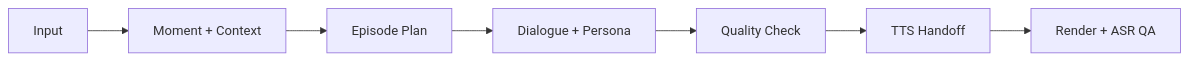
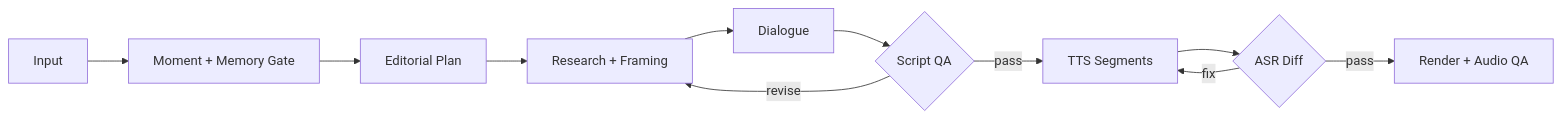
Before and after one commit to resonantravine/ai-radio-agent: the diagram in README.md, drawn with Mermaid. The commit also changed other lines of this file, not shown here.

Commit message:
Add pipeline QA loops to README

````diff
--- a/README.md
+++ b/README.md
@@ -69,9 +69,13 @@
 ```mermaid
 flowchart LR
-    A["Input"] --> B["Moment + Context"]
-    B --> C["Episode Plan"]
-    C --> D["Dialogue + Persona"]
-    D --> E["Quality Check"]
-    E --> F["TTS Handoff"]
-    F --> G["Render + ASR QA"]
+    A["Input"] --> B["Moment + Memory Gate"]
+    B --> C["Editorial Plan"]
+    C --> D["Research + Framing"]
+    D --> E["Dialogue"]
+    E --> F{"Script QA"}
+    F -- revise --> D
+    F -- pass --> G["TTS Segments"]
+    G --> H{"ASR Diff"}
+    H -- fix --> G
+    H -- pass --> I["Render + Audio QA"]
 ```
````
